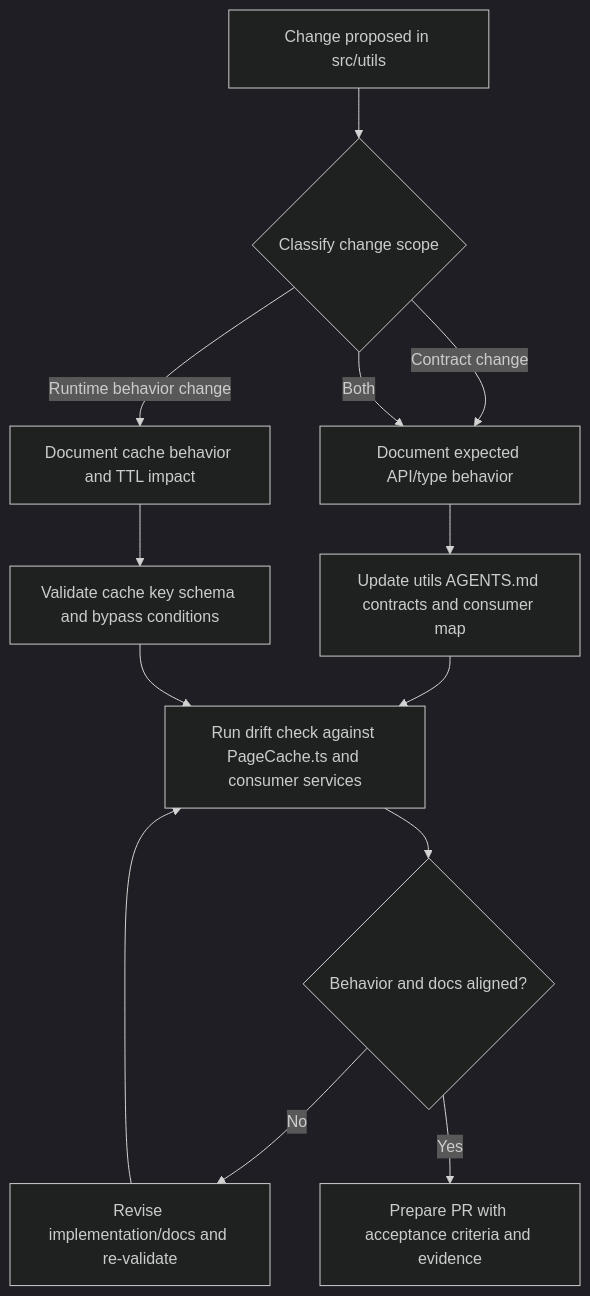
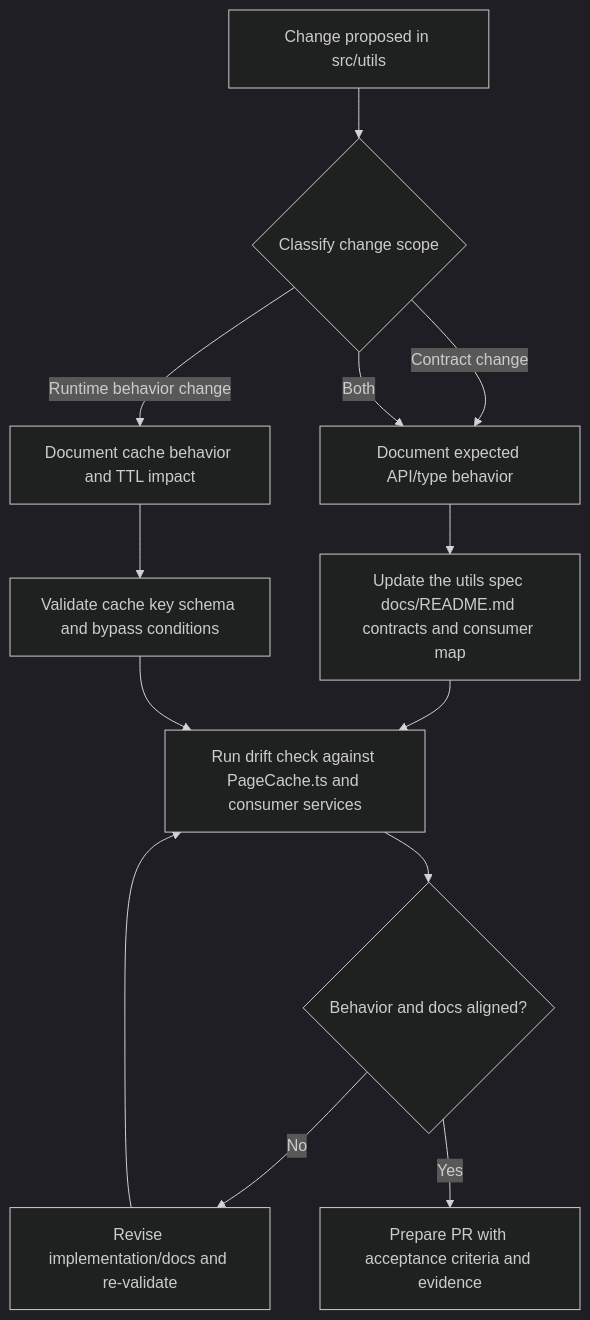
Before and after one commit to webex/webex-js-sdk: the second of 2 diagrams in packages/@webex/contact-center/src/utils/AGENTS.md, drawn with Mermaid (dark theme). The commit also changed other lines of this file, not shown here.

First line of the commit message:
docs(contact-center): point the retained utils guide at the migrated spec

````diff
--- a/packages/@webex/contact-center/src/utils/AGENTS.md
+++ b/packages/@webex/contact-center/src/utils/AGENTS.md
@@ -256,15 +258,15 @@
 ```mermaid
 flowchart TD
   A[Change proposed in src/utils] --> B{Classify change scope}
   B -->|Contract change| C[Document expected API/type behavior]
   B -->|Runtime behavior change| D[Document cache behavior and TTL impact]
   B -->|Both| C
-  C --> E[Update utils AGENTS.md contracts and consumer map]
+  C --> E[Update the utils spec docs/README.md contracts and consumer map]
   D --> F[Validate cache key schema and bypass conditions]
   E --> G[Run drift check against PageCache.ts and consumer services]
   F --> G
   G --> H{Behavior and docs aligned?}
   H -->|No| I[Revise implementation/docs and re-validate]
   I --> G
   H -->|Yes| J[Prepare PR with acceptance criteria and evidence]
 ```
````
